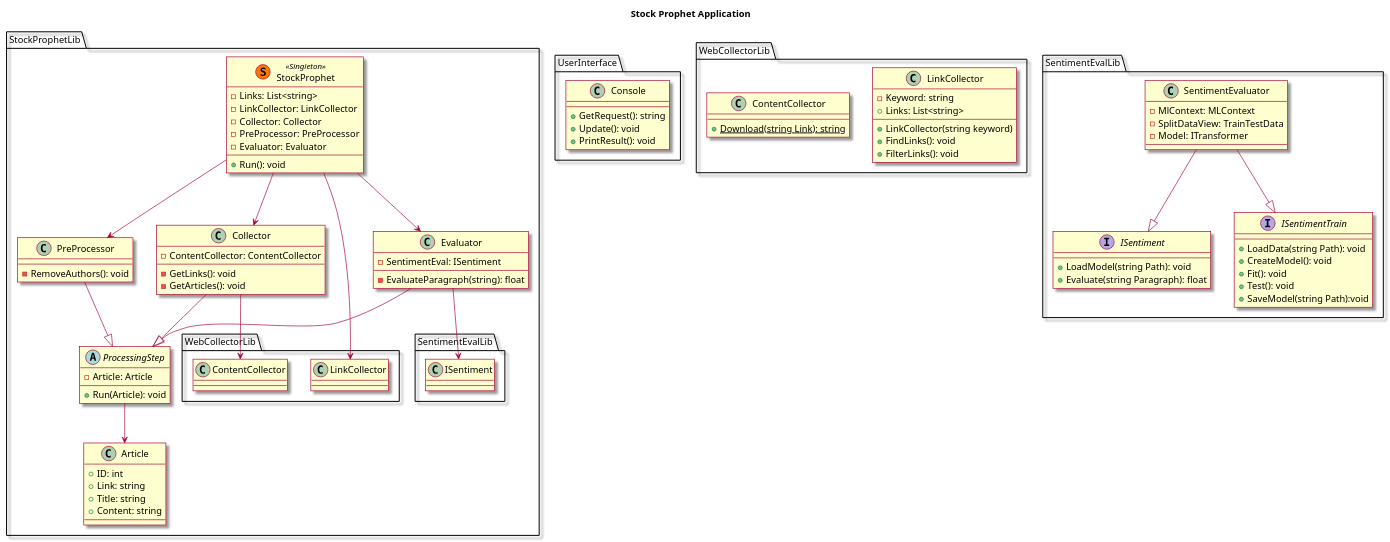
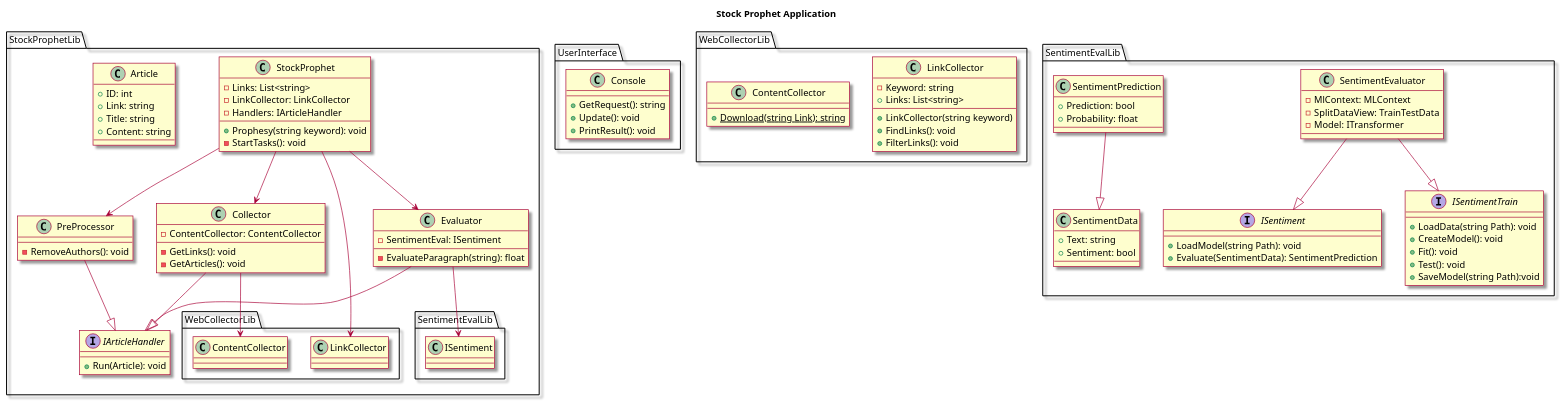
One commit to Ifi-Softwareentwicklung-SoSe2023/TUBAF_SE-Project_StockProphet changed the diagram in doc/classDiagram.plantuml. Above: the diagram before and after it, drawn with PlantUML.

Commit message:
Update classDiagram.plantuml for adapter pattern (#2)

```diff
--- a/doc/classDiagram.plantuml
+++ b/doc/classDiagram.plantuml
@@ -1,113 +1,122 @@
 @startuml Project Model Class Diagram
 
 skin rose
 
 title Stock Prophet Application
 
 
 package StockProphetLib {
 
-    class StockProphet << (S,#FF7700) Singleton >> {
+    class StockProphet {
         -Links: List<string>
         -LinkCollector: LinkCollector
-        -Collector: Collector
-        -PreProcessor: PreProcessor
-        -Evaluator: Evaluator
-        +Run(): void
+        -Handlers: IArticleHandler
+        +Prophesy(string keyword): void
+        -StartTasks(): void
     }
     StockProphet --> WebCollectorLib.LinkCollector
     StockProphet --> Collector
     StockProphet --> PreProcessor
     StockProphet --> Evaluator
 
-    abstract ProcessingStep {
-        -Article: Article
+
+    interface IArticleHandler {
         +Run(Article): void
     }
-    ProcessingStep --> Article
 
 
     class Collector {
         -ContentCollector: ContentCollector
         -GetLinks(): void
         -GetArticles(): void
     }
-    Collector --|> ProcessingStep
+    Collector --|> IArticleHandler
     Collector --> WebCollectorLib.ContentCollector
 
 
     class PreProcessor {
         -RemoveAuthors(): void
     }
-    PreProcessor --|> ProcessingStep
+    PreProcessor --|> IArticleHandler
 
 
     class Evaluator {
         -SentimentEval: ISentiment
         -EvaluateParagraph(string): float
     }
-    Evaluator --|> ProcessingStep
+    Evaluator --|> IArticleHandler
     Evaluator --> SentimentEvalLib.ISentiment
 
 
     class Article {
         +ID: int
         +Link: string
         +Title: string
         +Content: string
     }
 }
 
 
 package UserInterface 
 {    
     class Console {
         +GetRequest(): string
         +Update(): void
         +PrintResult(): void
     }
 }
 
 
 package WebCollectorLib 
 {
     class LinkCollector {
         -Keyword: string
         +Links: List<string>
         +LinkCollector(string keyword)
         +FindLinks(): void
         +FilterLinks(): void
     }
 
     class ContentCollector {
         {static} +Download(string Link): string
     }
 }
 
 
 package SentimentEvalLib 
 {
     interface ISentiment {
         +LoadModel(string Path): void
-        +Evaluate(string Paragraph): float
+        +Evaluate(SentimentData): SentimentPrediction
     }
 
     interface ISentimentTrain {
         +LoadData(string Path): void
         +CreateModel(): void
         +Fit(): void
         +Test(): void
         +SaveModel(string Path):void
     }
     
     class SentimentEvaluator {
         -MlContext: MLContext
         -SplitDataView: TrainTestData
         -Model: ITransformer
     }
     SentimentEvaluator --|> ISentiment
     SentimentEvaluator --|> ISentimentTrain
+
+    class SentimentData {
+        +Text: string
+        +Sentiment: bool
+    }
+
+    class SentimentPrediction {
+        +Prediction: bool
+        +Probability: float
+    }
+    SentimentPrediction --|> SentimentData
 }
 
 
 @enduml
```
